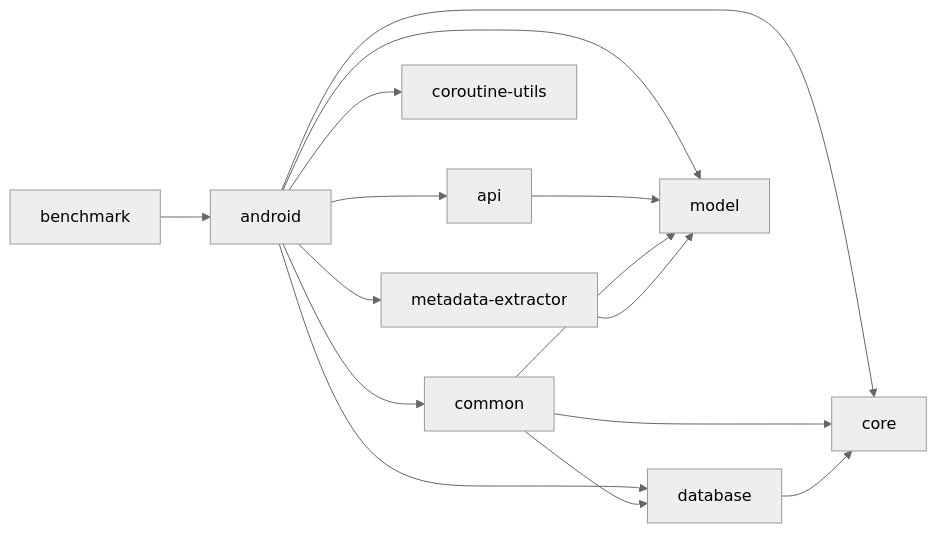
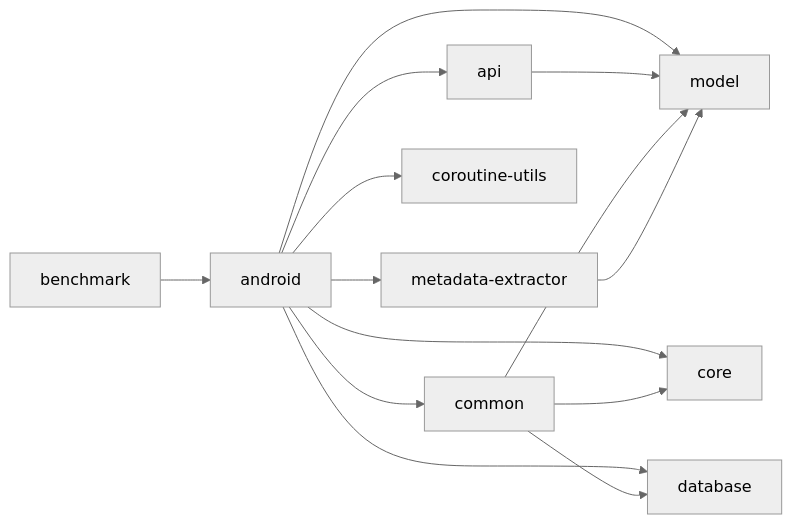
Before and after one commit to msfjarvis/compose-lobsters: the diagram in README.md, drawn with Mermaid. The commit also changed other lines of this file, not shown here.

Commit message:
chore: refresh module graph

````diff
--- a/README.md
+++ b/README.md
@@ -18,25 +19,24 @@
 ```mermaid
 %%{
   init: {
     'theme': 'neutral'
   }
 }%%
 
 graph LR
 
   benchmark --> android
   android --> api
   android --> common
   android --> core
   android --> coroutine-utils
   android --> database
   android --> metadata-extractor
   android --> model
   api --> model
   common --> core
   common --> database
   common --> model
   metadata-extractor --> model
-  database --> core
 
 ```
````
